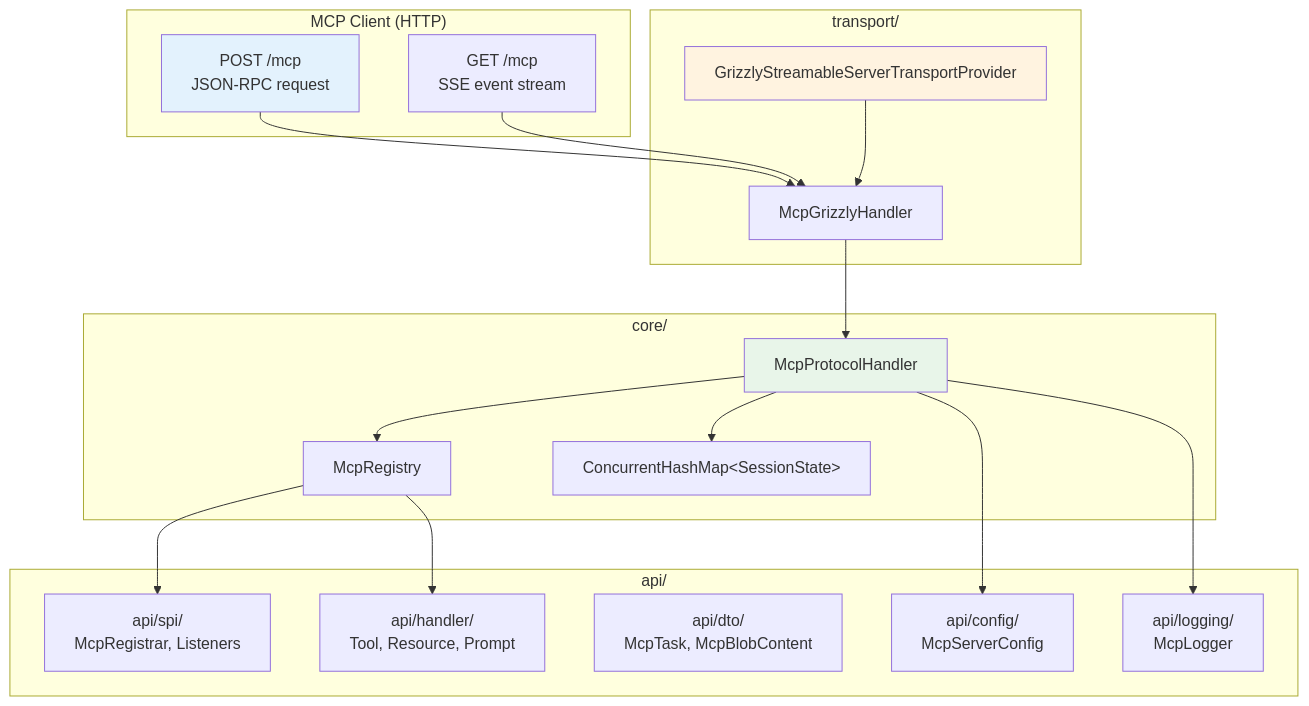
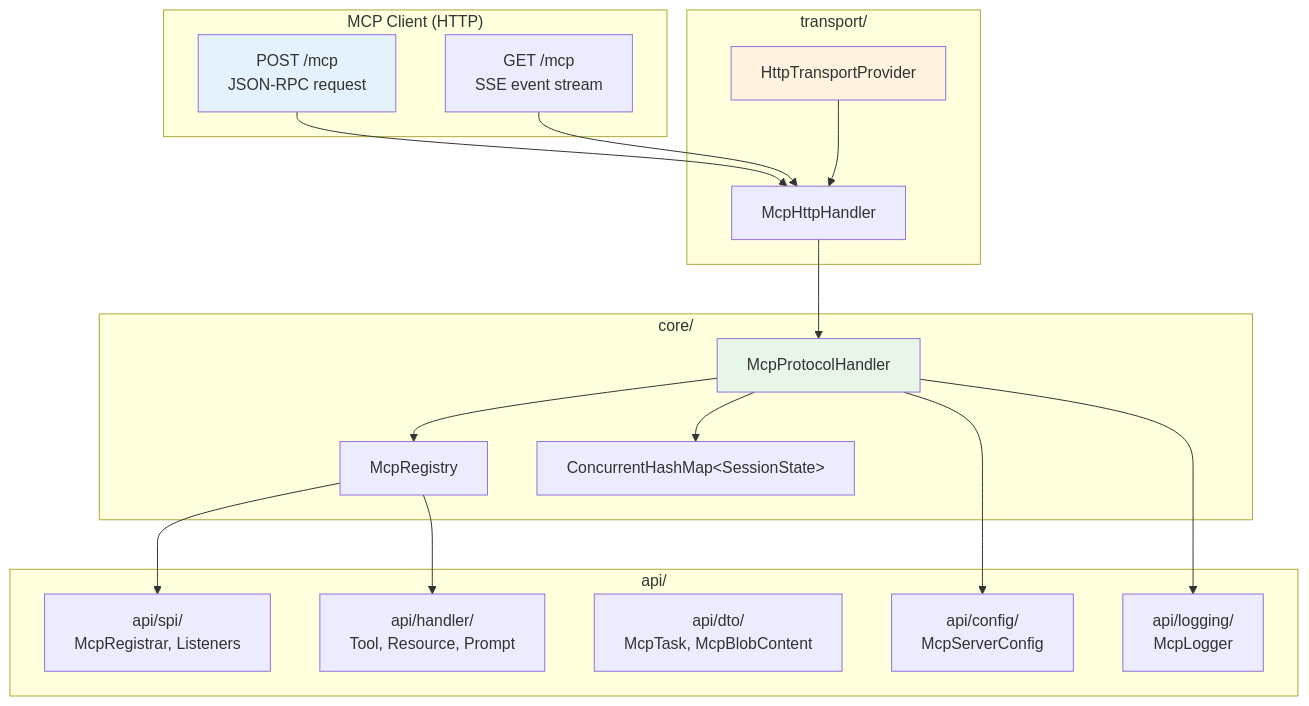
One commit to vinhphan812/mcp-java-sdk changed the first of 4 diagrams in README.md. Above: the diagram before and after it, drawn with Mermaid. The commit also changed other lines of this file and 2 other files, not shown here.

````diff
--- a/README.md
+++ b/README.md
@@ -240,41 +240,41 @@
 ```mermaid
 flowchart TB
     subgraph Client["MCP Client (HTTP)"]
         Req["POST /mcp\nJSON-RPC request"]
         SSE["GET /mcp\nSSE event stream"]
     end
 
     subgraph Transport["transport/"]
-        Grizzly["GrizzlyStreamableServerTransportProvider"]
-        Handler["McpGrizzlyHandler"]
+        Grizzly["HttpTransportProvider"]
+        Handler["McpHttpHandler"]
     end
 
     subgraph Core["core/"]
         Protocol["McpProtocolHandler"]
         Registry["McpRegistry"]
         Sessions["ConcurrentHashMap&lt;SessionState&gt;"]
     end
 
     subgraph API["api/"]
         SPI["api/spi/\nMcpRegistrar, Listeners"]
         Handlers["api/handler/\nTool, Resource, Prompt"]
         DTO["api/dto/\nMcpTask, McpBlobContent"]
         Config["api/config/\nMcpServerConfig"]
         Logging["api/logging/\nMcpLogger"]
     end
 
     Req --> Handler
     SSE --> Handler
     Handler --> Protocol
     Protocol --> Registry
     Protocol --> Sessions
     Protocol --> Config
     Protocol --> Logging
     Registry --> SPI
     Registry --> Handlers
     Grizzly --> Handler
 
     style Req fill:#e3f2fd
     style Protocol fill:#e8f5e9
     style Grizzly fill:#fff3e0
 ```
````
